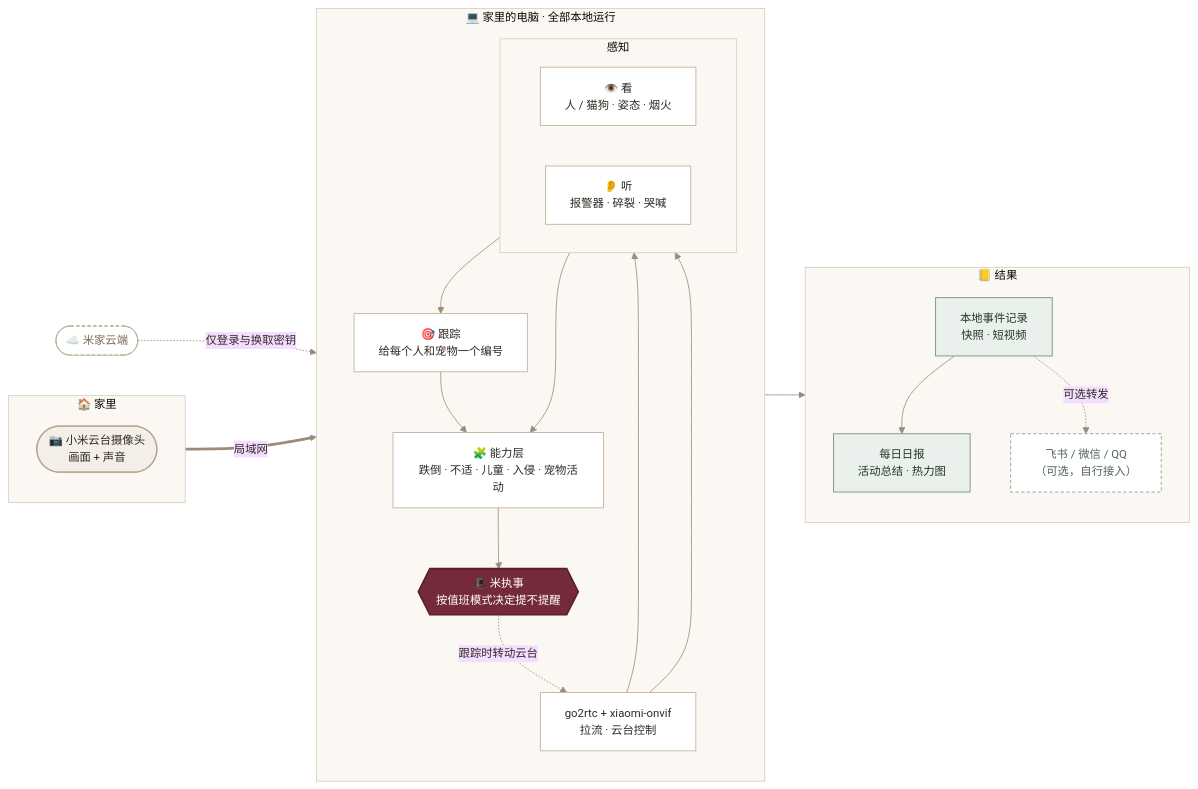
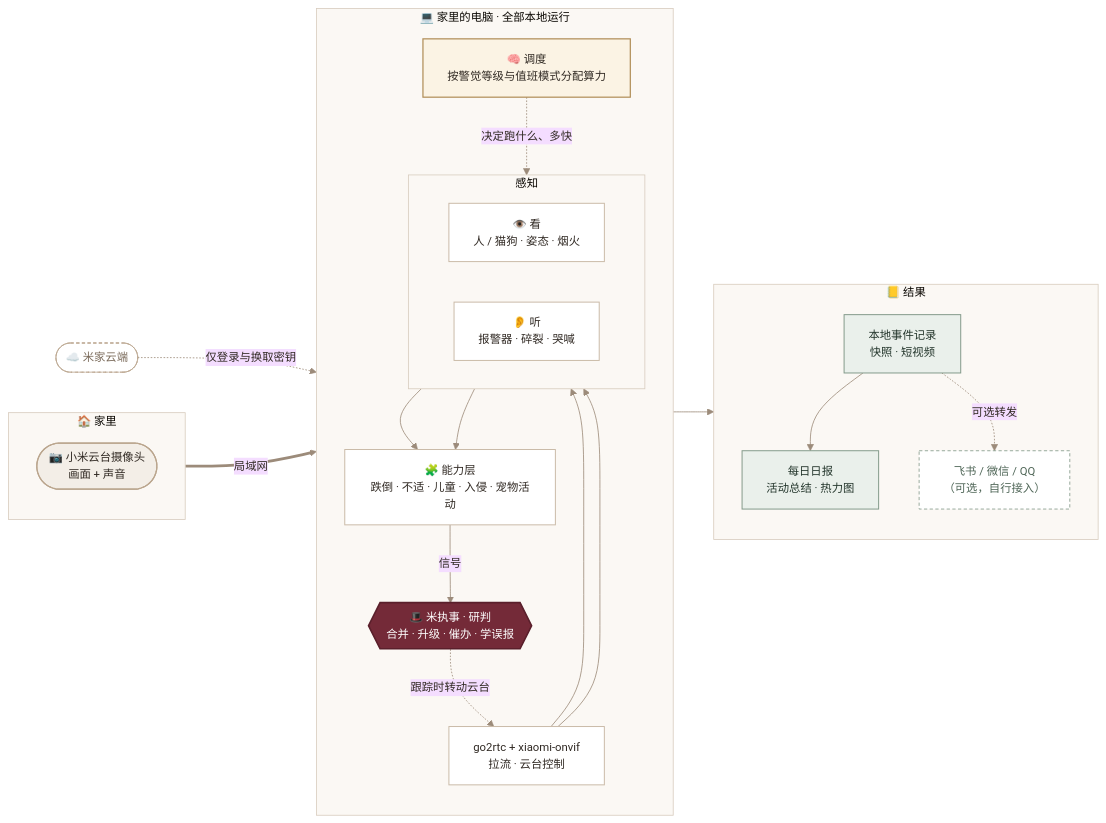
The first of 3 diagrams in README.md (JuneYaooo/caregiving-eye), drawn with Mermaid before and after one commit. The commit also changed other lines of this file and 20 other files, not shown here.

Commit message:
feat: brain 调度研判层——警觉等级省算力、事件合并/升级/催办/学误报、云台与运行时保障；跟踪器加中心距离兜底应对跌倒框形变

````diff
--- a/README.md
+++ b/README.md
@@ -79,52 +79,55 @@
 ```mermaid
 %%{init: {"theme": "base", "themeVariables": {"fontFamily": "PingFang SC, Microsoft YaHei, sans-serif", "fontSize": "14px", "lineColor": "#9C8B7A", "primaryTextColor": "#302923", "clusterBkg": "#FBF8F4", "clusterBorder": "#D8CCBE"}}}%%
 flowchart LR
     subgraph HOME_["🏠 家里"]
         direction TB
         cam(["📷 小米云台摄像头<br/>画面 + 声音"])
     end
 
     subgraph PC["💻 家里的电脑 · 全部本地运行"]
         direction TB
         bridge["go2rtc + xiaomi-onvif<br/>拉流 · 云台控制"]
         subgraph SENSE["感知"]
             direction LR
             see["👁️ 看<br/>人 / 猫狗 · 姿态 · 烟火"]
             hear["👂 听<br/>报警器 · 碎裂 · 哭喊"]
         end
-        track["🎯 跟踪<br/>给每个人和宠物一个编号"]
+        brain["🧠 调度<br/>按警觉等级与值班模式分配算力"]
         skill["🧩 能力层<br/>跌倒 · 不适 · 儿童 · 入侵 · 宠物活动"]
-        butler{{"🎩 米执事<br/>按值班模式决定提不提醒"}}
+        butler{{"🎩 米执事 · 研判<br/>合并 · 升级 · 催办 · 学误报"}}
         bridge --> see & hear
-        see --> track --> skill
+        brain -. 决定跑什么、多快 .-> see
+        see --> skill
         hear --> skill
-        skill --> butler
+        skill -- 信号 --> butler
     end
 
     subgraph OUT["📒 结果"]
         direction TB
         log["本地事件记录<br/>快照 · 短视频"]
         rpt["每日日报<br/>活动总结 · 热力图"]
         bot["飞书 / 微信 / QQ<br/>（可选，自行接入）"]
     end
 
     cloud(["☁️ 米家云端"]) -. 仅登录与换取密钥 .-> bridge
     cam == 局域网 ==> bridge
     butler --> log --> rpt
     log -. 可选转发 .-> bot
     butler -. 跟踪时转动云台 .-> bridge
 
     classDef device fill:#F3EEE7,stroke:#BAA58D,stroke-width:1.5px,color:#302923
     classDef cloudc fill:#FFFFFF,stroke:#BAA58D,stroke-dasharray:4 3,color:#7A6A5A
     classDef step fill:#FFFFFF,stroke:#C9B9A6,stroke-width:1.2px,color:#302923
     classDef core fill:#742A38,stroke:#5A1F2B,stroke-width:2px,color:#FFFFFF
+    classDef gate fill:#FBF3E4,stroke:#B08D57,stroke-width:1.5px,color:#302923
     classDef result fill:#EAF0EB,stroke:#819888,stroke-width:1.2px,color:#23352B
     classDef optional fill:#FFFFFF,stroke:#819888,stroke-dasharray:4 3,color:#4E6556
 
     class cam device
     class cloud cloudc
-    class bridge,see,hear,track,skill step
+    class bridge,see,hear,skill step
+    class brain gate
     class butler core
     class log,rpt result
     class bot optional
 ```
````
